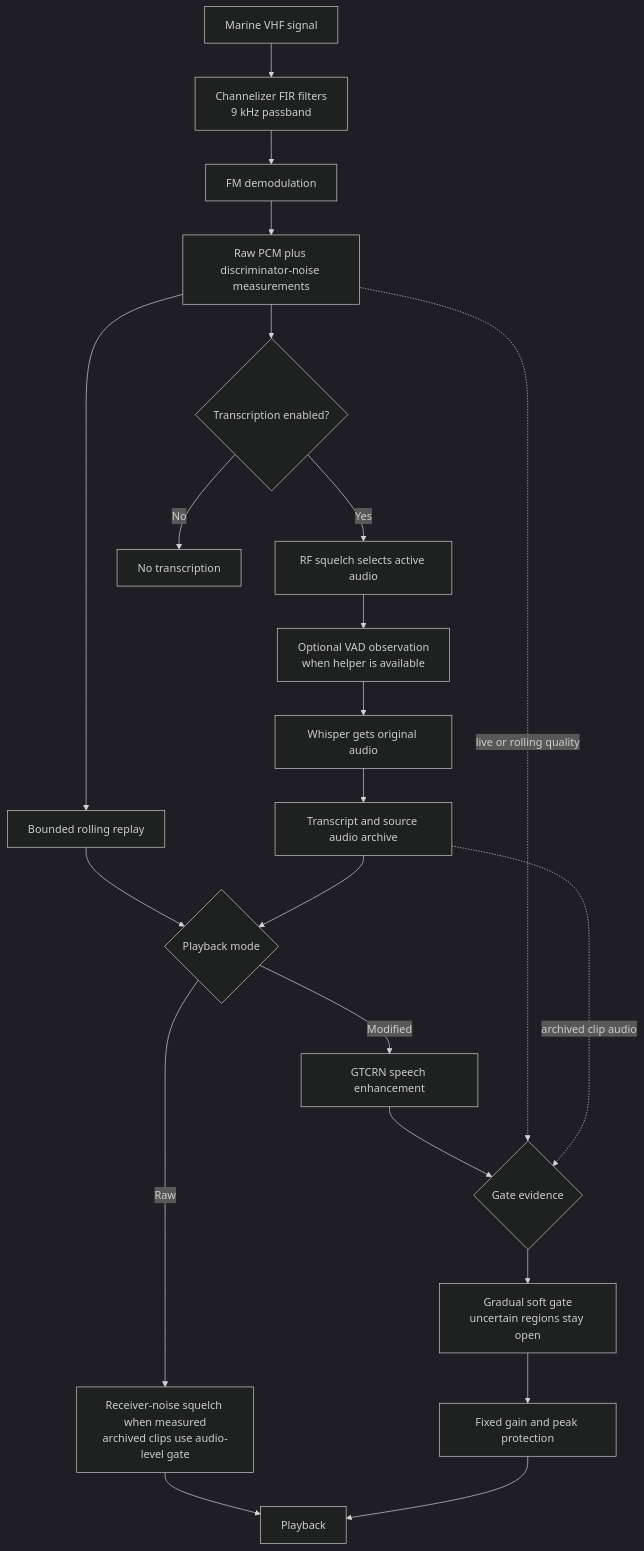
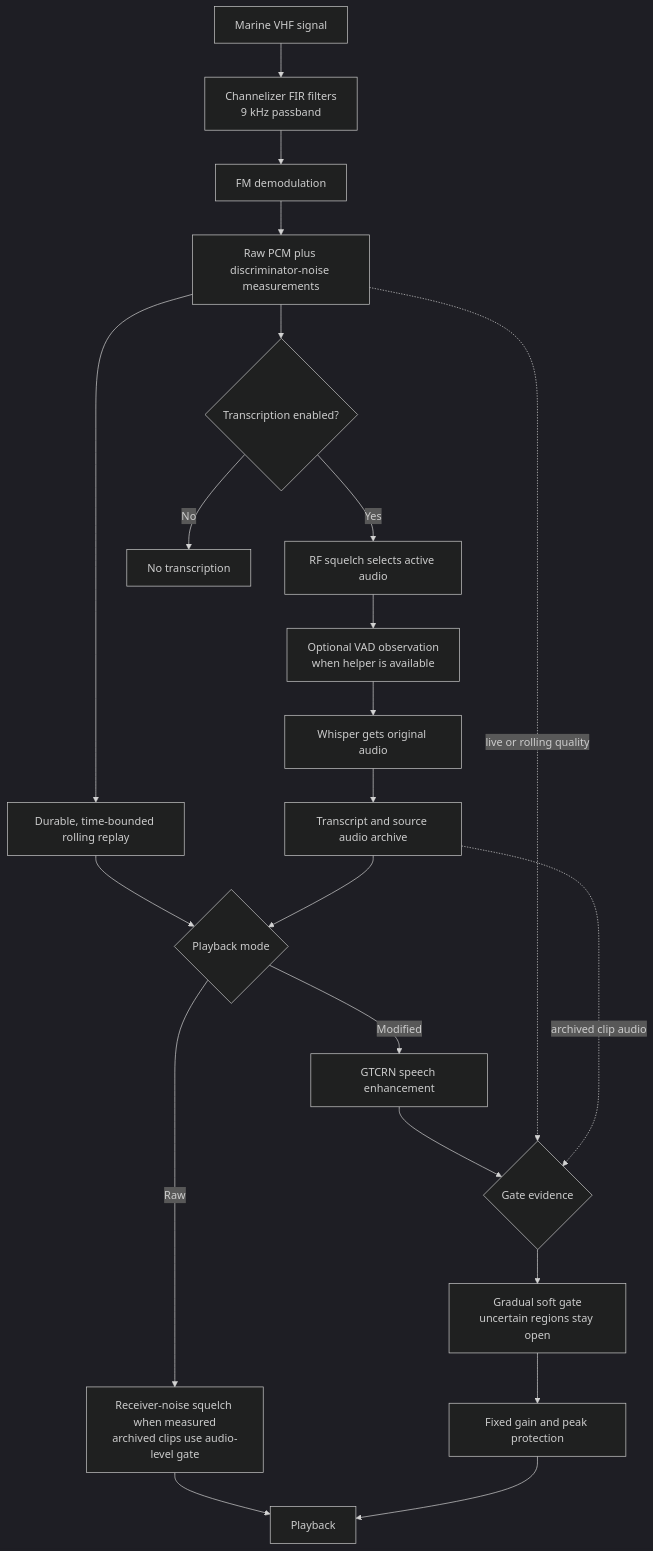
The diagram in README.md (zph/signalk-vhf-watch), drawn with Mermaid (dark theme) before and after one commit. The commit also changed other lines of this file, not shown here.

Commit message:
docs: clarify durable VHF replay retention

````diff
--- a/README.md
+++ b/README.md
@@ -173,24 +177,24 @@
 ```mermaid
 flowchart TD
     A[Marine VHF signal] --> B[Channelizer FIR filters<br/>9 kHz passband]
     B --> C[FM demodulation]
     C --> D[Raw PCM plus discriminator-noise measurements]
-    D --> E[Bounded rolling replay]
+    D --> E[Durable, time-bounded rolling replay]
     E --> F{Playback mode}
     F -->|Raw| G[Receiver-noise squelch when measured<br/>archived clips use audio-level gate]
     G --> H[Playback]
     F -->|Modified| I[GTCRN speech enhancement]
     I --> J{Gate evidence}
     D -. live or rolling quality .-> J
     Q -. archived clip audio .-> J
     J --> K[Gradual soft gate<br/>uncertain regions stay open]
     K --> L[Fixed gain and peak protection]
     L --> H
     D --> M{Transcription enabled?}
     M -->|Yes| N[RF squelch selects active audio]
     N --> O[Optional VAD observation<br/>when helper is available]
     O --> P[Whisper gets original audio]
     P --> Q[Transcript and source audio archive]
     Q --> F
     M -->|No| R[No transcription]
 ```
````
